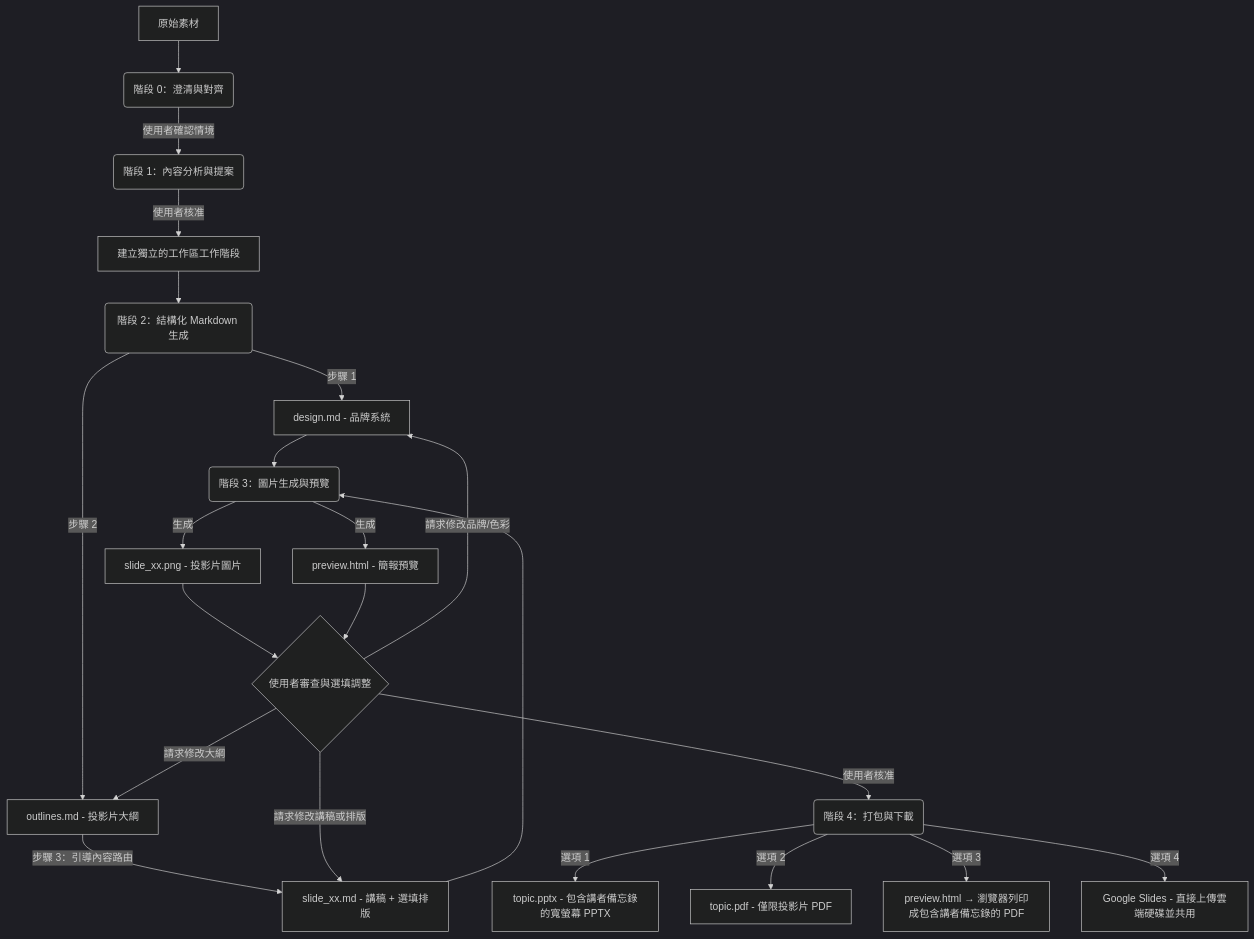
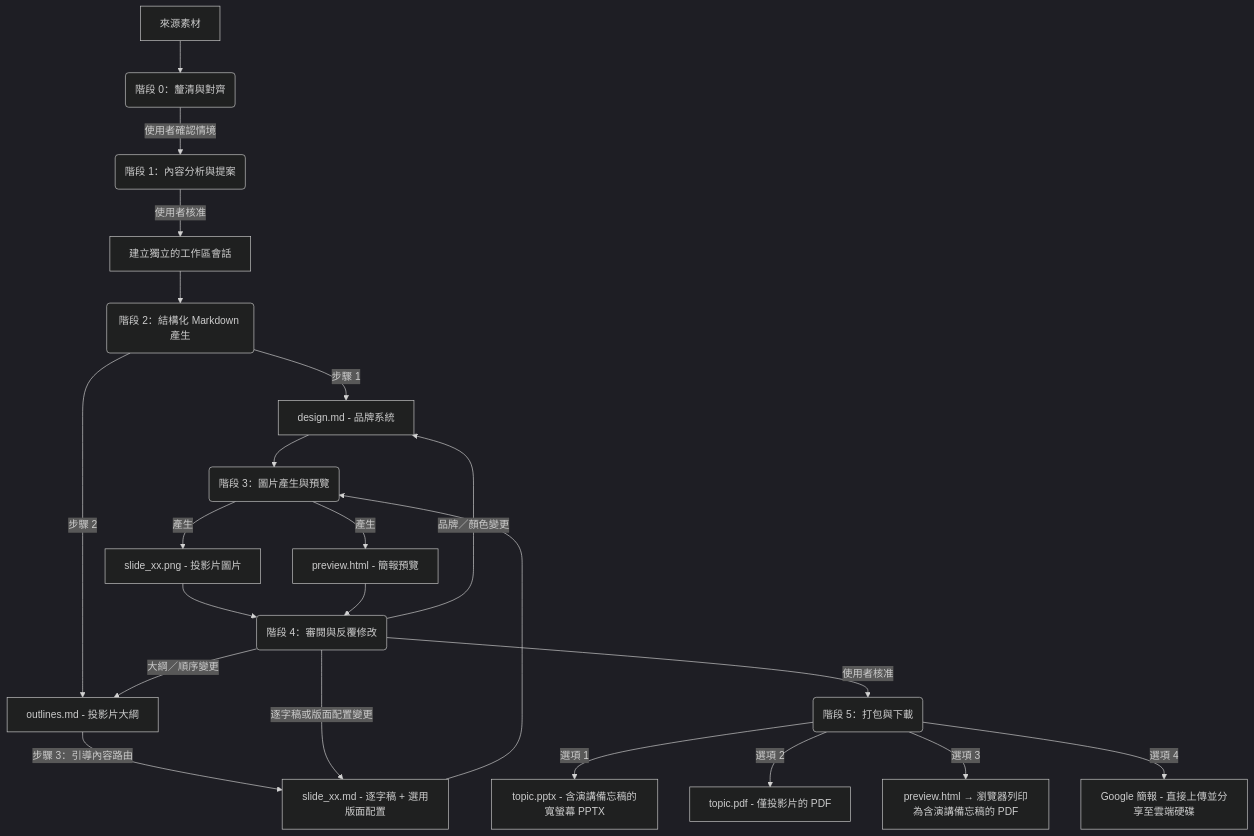
One commit to sylphlin/slide-gen-agent changed the diagram in README.zh-TW.md. Above: the diagram before and after it, drawn with Mermaid (dark theme). The commit also changed other lines of this file and 4 other files, not shown here.

````diff
--- a/README.zh-TW.md
+++ b/README.zh-TW.md
@@ -23,27 +23,27 @@
 ```mermaid
 graph TD
-    A[原始素材] --> A0(階段 0：澄清與對齊)
+    A[來源素材] --> A0(階段 0：釐清與對齊)
     A0 -->|使用者確認情境| B(階段 1：內容分析與提案)
-    B -->|使用者核准| C[建立獨立的工作區工作階段]
-    C --> D(階段 2：結構化 Markdown 生成)
-    
+    B -->|使用者核准| C[建立獨立的工作區會話]
+    C --> D(階段 2：結構化 Markdown 產生)
+
     D -->|步驟 1| E1[design.md - 品牌系統]
     D -->|步驟 2| E2[outlines.md - 投影片大綱]
-    E2 -->|步驟 3：引導內容路由| E3[slide_xx.md - 講稿 + 選填排版]
-    
-    E1 & E3 --> F(階段 3：圖片生成與預覽)
-    F -->|生成| G1[slide_xx.png - 投影片圖片]
-    F -->|生成| G2[preview.html - 簡報預覽]
-    
-    G1 & G2 --> H{使用者審查與選填調整}
-    
-    H -->|請求修改講稿或排版| E3
-    H -->|請求修改大綱| E2
-    H -->|請求修改品牌/色彩| E1
-    
-    H -->|使用者核准| I(階段 4：打包與下載)
-    I -->|選項 1| J[topic.pptx - 包含講者備忘錄的寬螢幕 PPTX]
-    I -->|選項 2| K[topic.pdf - 僅限投影片 PDF]
-    I -->|選項 3| L[preview.html → 瀏覽器列印成包含講者備忘錄的 PDF]
-    I -->|選項 4| M[Google Slides - 直接上傳雲端硬碟並共用]
+    E2 -->|步驟 3：引導內容路由| E3[slide_xx.md - 逐字稿 + 選用版面配置]
+
+    E1 & E3 --> F(階段 3：圖片產生與預覽)
+    F -->|產生| G1[slide_xx.png - 投影片圖片]
+    F -->|產生| G2[preview.html - 簡報預覽]
+
+    G1 & G2 --> H(階段 4：審閱與反覆修改)
+
+    H -->|逐字稿或版面配置變更| E3
+    H -->|大綱／順序變更| E2
+    H -->|品牌／顏色變更| E1
+
+    H -->|使用者核准| I(階段 5：打包與下載)
+    I -->|選項 1| J[topic.pptx - 含演講備忘稿的寬螢幕 PPTX]
+    I -->|選項 2| K[topic.pdf - 僅投影片的 PDF]
+    I -->|選項 3| L[preview.html → 瀏覽器列印為含演講備忘稿的 PDF]
+    I -->|選項 4| M[Google 簡報 - 直接上傳並分享至雲端硬碟]
 ```
````
